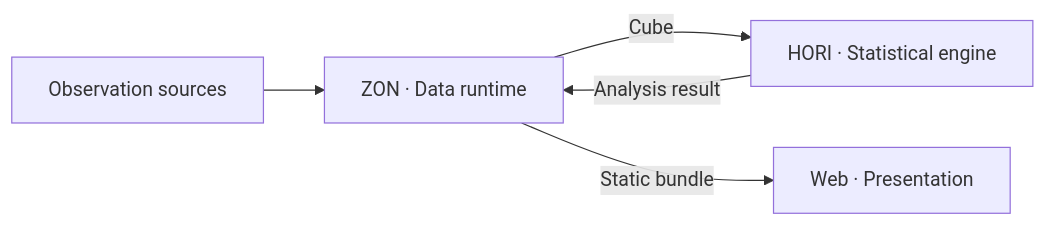
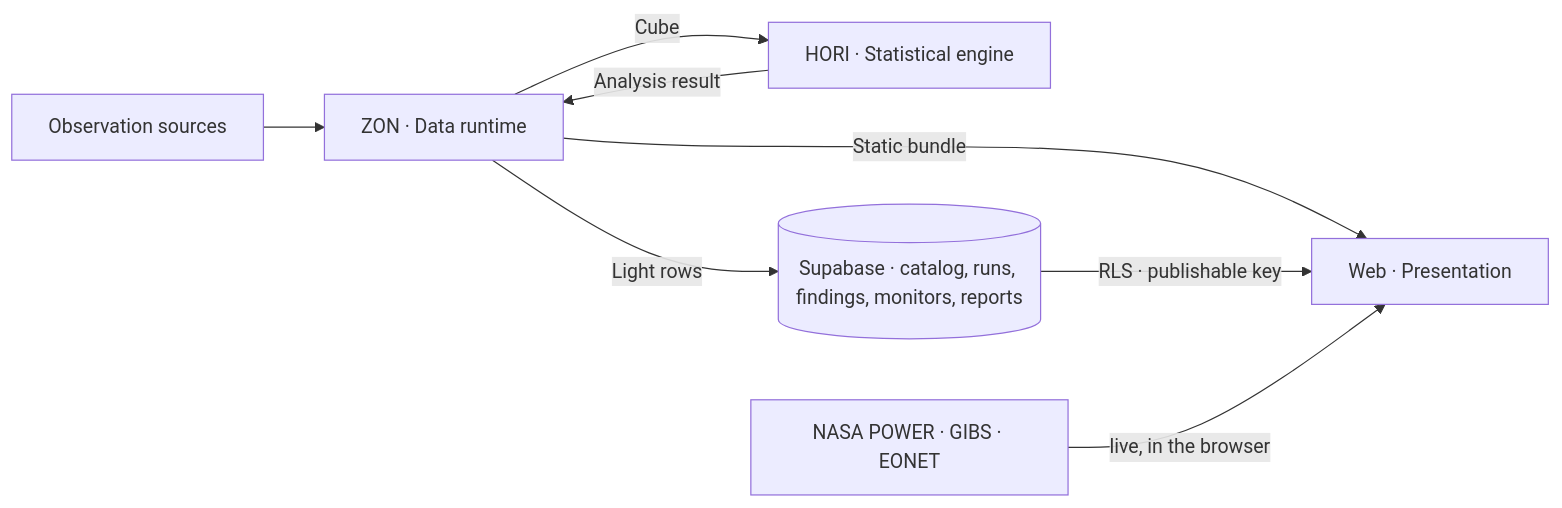
The diagram in README.md (diegoramirez772/Horizon-247), drawn with Mermaid before and after one commit. The commit also changed other lines of this file and 15 other files, not shown here.

````diff
--- a/README.md
+++ b/README.md
@@ -94,7 +106,10 @@
 ```mermaid
 flowchart LR
     S[Observation sources] --> Z[ZON · Data runtime]
     Z -->|Cube| H[HORI · Statistical engine]
     H -->|Analysis result| Z
     Z -->|Static bundle| W[Web · Presentation]
+    Z -->|Light rows| D[(Supabase · catalog, runs, findings, monitors, reports)]
+    D -->|RLS · publishable key| W
+    N[NASA POWER · GIBS · EONET] -->|live, in the browser| W
 ```
````
